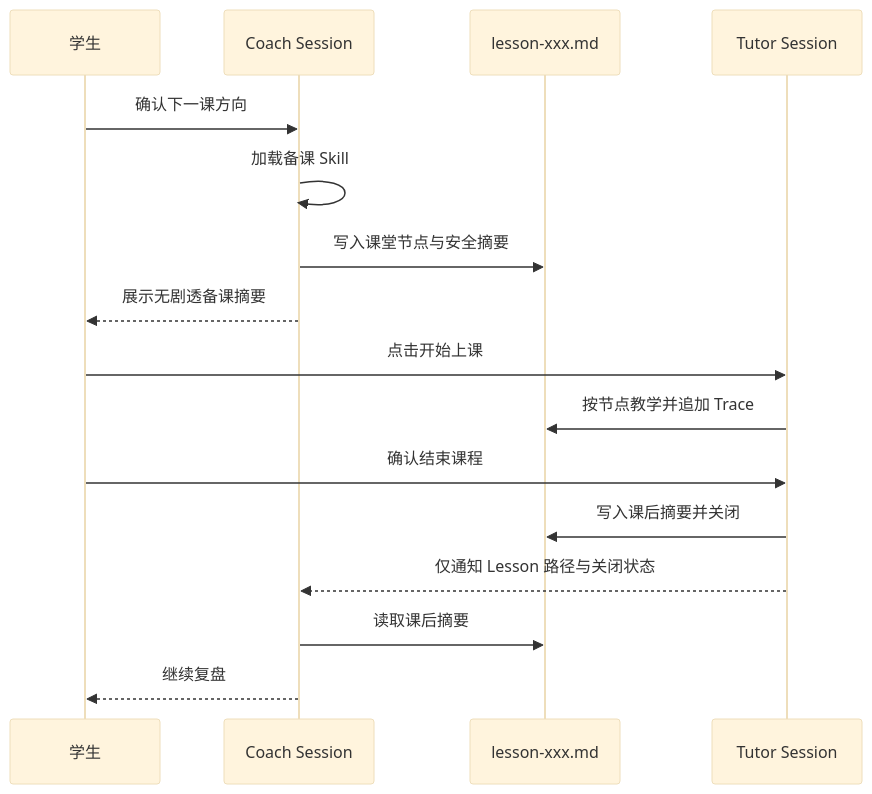
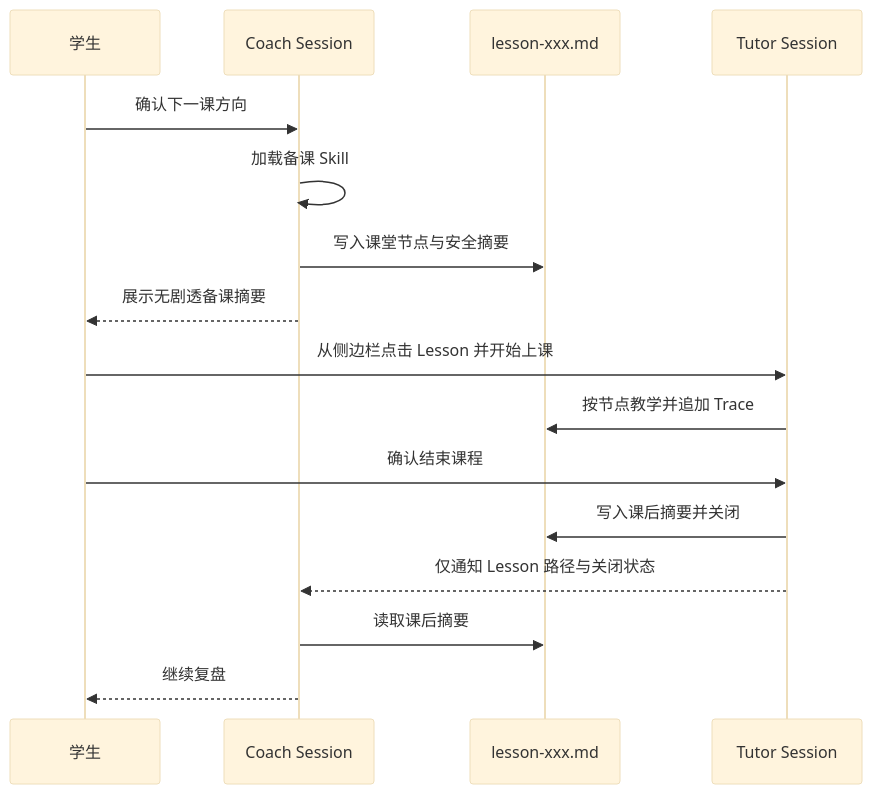
One commit to SunOfTheEast/highschool-study-claude-code changed the second of 2 diagrams in docs/superpowers/specs/2026-07-21-pi-teaching-web-frontend-design.md. Above: the diagram before and after it, drawn with Mermaid (base theme). The commit also changed other lines of this file and 1 other file, not shown here.

Commit message:
docs: model plan sessions as parent and lesson children

````diff
--- a/docs/superpowers/specs/2026-07-21-pi-teaching-web-frontend-design.md
+++ b/docs/superpowers/specs/2026-07-21-pi-teaching-web-frontend-design.md
@@ -119,19 +157,19 @@
 ```mermaid
 sequenceDiagram
     participant Student as 学生
     participant Coach as Coach Session
     participant Lesson as lesson-xxx.md
     participant Tutor as Tutor Session
 
     Student->>Coach: 确认下一课方向
     Coach->>Coach: 加载备课 Skill
     Coach->>Lesson: 写入课堂节点与安全摘要
     Coach-->>Student: 展示无剧透备课摘要
-    Student->>Tutor: 点击开始上课
+    Student->>Tutor: 从侧边栏点击 Lesson 并开始上课
     Tutor->>Lesson: 按节点教学并追加 Trace
     Student->>Tutor: 确认结束课程
     Tutor->>Lesson: 写入课后摘要并关闭
     Tutor-->>Coach: 仅通知 Lesson 路径与关闭状态
     Coach->>Lesson: 读取课后摘要
     Coach-->>Student: 继续复盘
 ```
````
